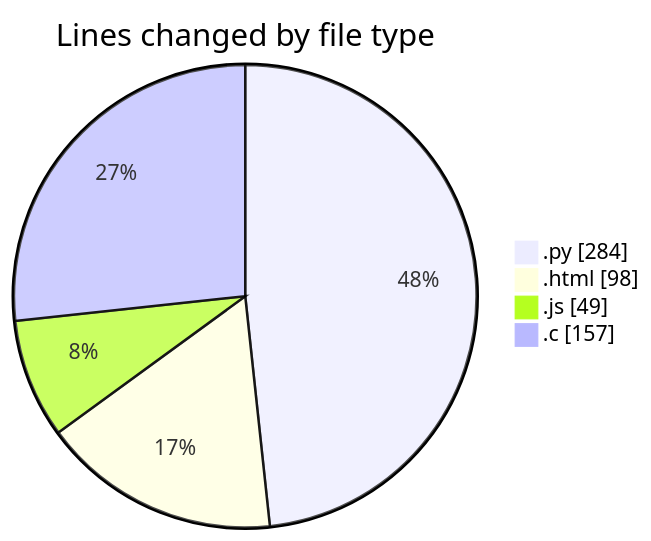
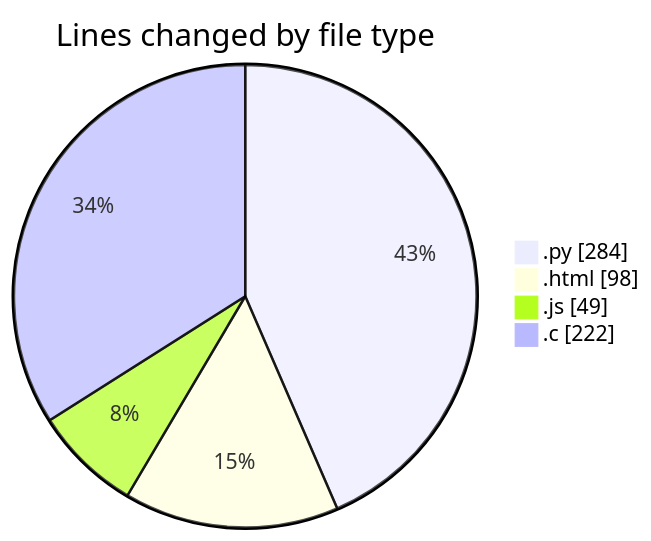
Before and after one commit to Ritupan-Deka/code-tracking: the first of 2 diagrams in 2025-01-21/projects/README.md, drawn with Mermaid. The commit also changed other lines of this file and 1 other file, not shown here.

````diff
--- a/2025-01-21/projects/README.md
+++ b/2025-01-21/projects/README.md
@@ -31,8 +31,8 @@
 ```mermaid
 pie showData
 title Lines changed by file type
 ".py" : 284
 ".html" : 98
 ".js" : 49
-".c" : 157
+".c" : 222
 ```
````
